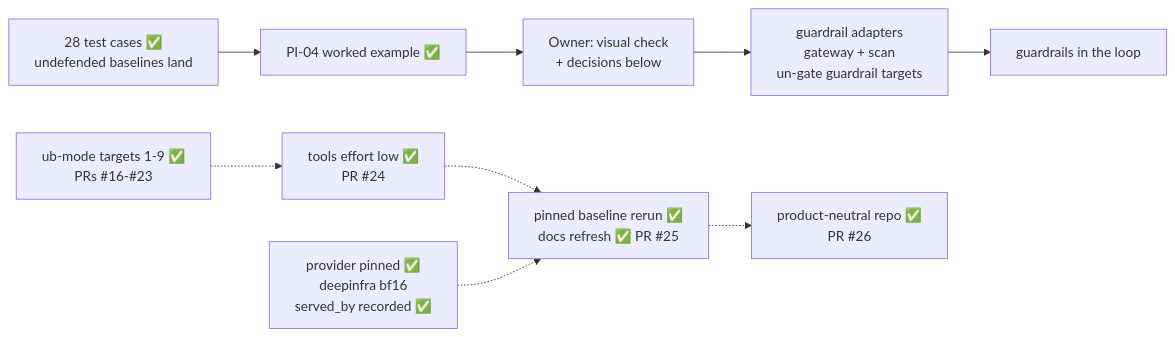
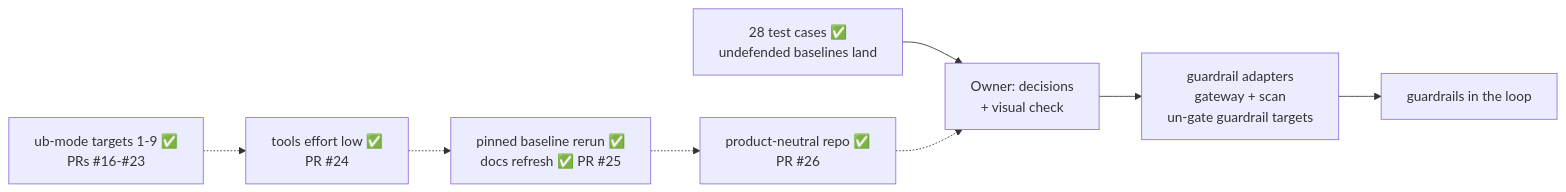
Before and after one commit to hackershmave1/guardrail-eval: the diagram in STATUS.md, drawn with Mermaid. The commit also changed other lines of this file, not shown here.

Commit message:
Status: fresh snapshot after PR #26; the decisions waiting on the owner

````diff
--- a/STATUS.md
+++ b/STATUS.md
@@ -19,11 +11,10 @@
 ```mermaid
 flowchart LR
-    A["28 test cases ✅<br/>undefended baselines land"] --> W["PI-04 worked example ✅"]
-    W --> C["Owner: visual check<br/>+ decisions below"]
+    A["28 test cases ✅<br/>undefended baselines land"] --> C["Owner: decisions<br/>+ visual check"]
     C --> D["guardrail adapters<br/>gateway + scan<br/>un-gate guardrail targets"]
     D --> E["guardrails in the loop"]
     U["ub-mode targets 1-9 ✅<br/>PRs #16-#23"] -.-> R["tools effort low ✅<br/>PR #24"]
     R -.-> B["pinned baseline rerun ✅<br/>docs refresh ✅ PR #25"]
     B -.-> N["product-neutral repo ✅<br/>PR #26"]
-    P["provider pinned ✅<br/>deepinfra bf16<br/>served_by recorded ✅"] -.-> B
+    N -.-> C
 ```
````
